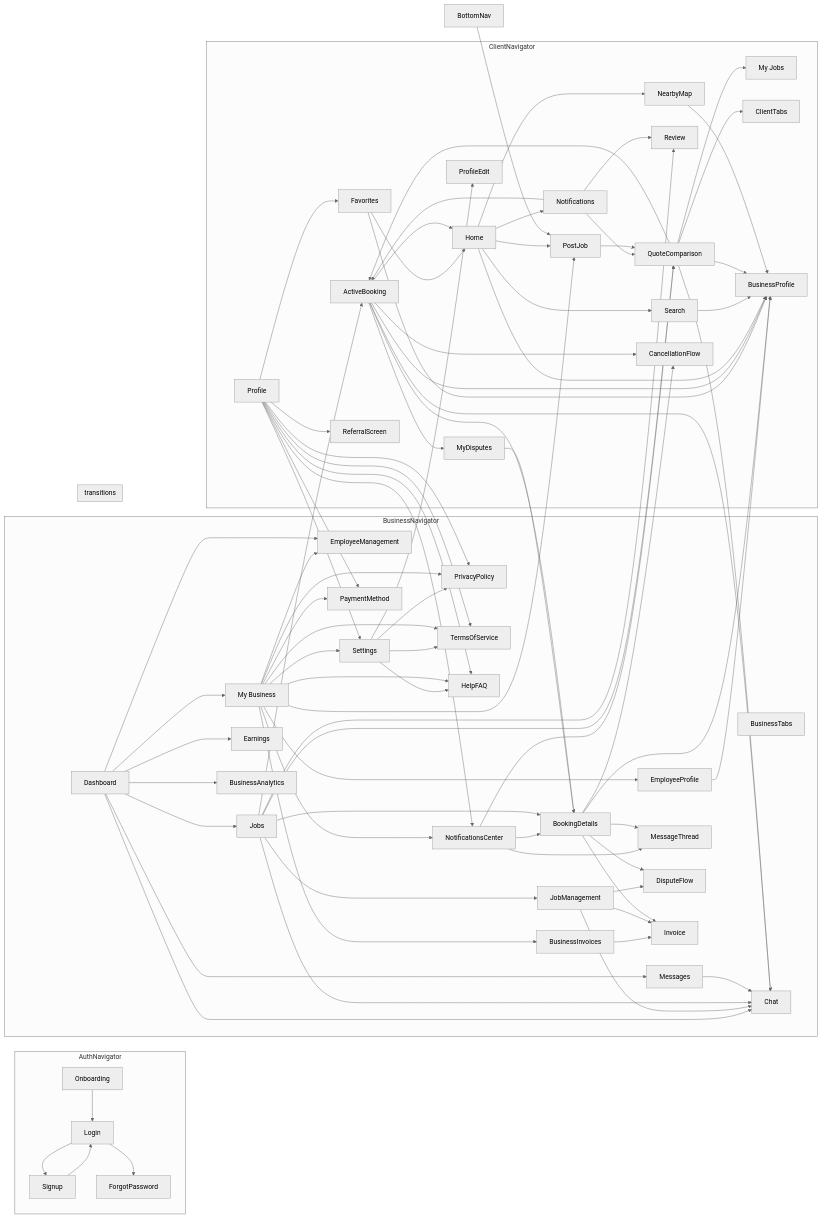
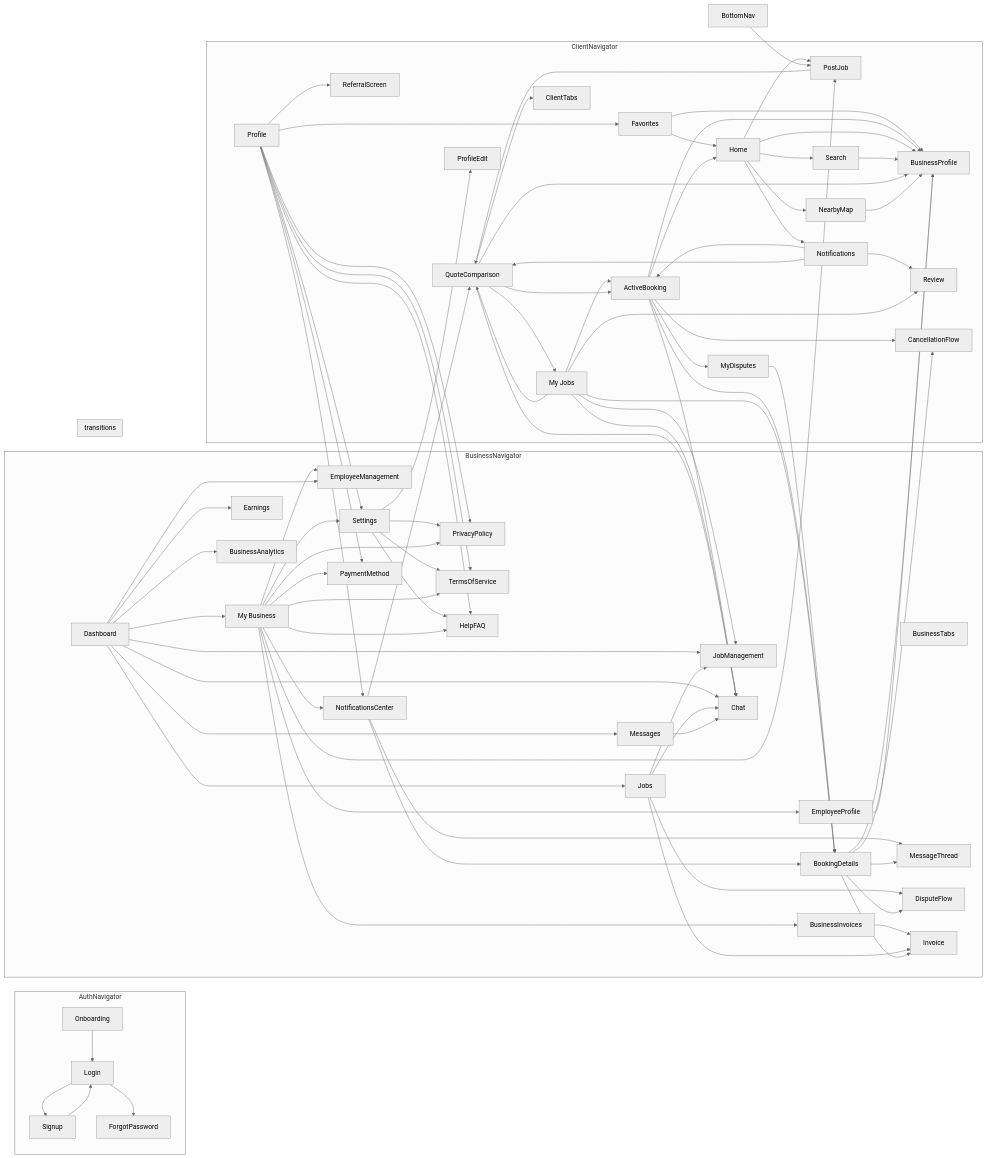
One commit to 4alkubati/SWINGBY changed the diagram in docs/FLOW_GRAPH.md. Above: the diagram before and after it, drawn with Mermaid (neutral theme). The commit also changed other lines of this file and 13 other files, not shown here.

```diff
--- a/docs/FLOW_GRAPH.md
+++ b/docs/FLOW_GRAPH.md
@@ -108,15 +108,17 @@
   Dashboard --> Jobs
   Dashboard --> Messages
   Dashboard --> My_Business
+  Dashboard --> JobManagement
   Dashboard --> Earnings
   Dashboard --> BusinessAnalytics
   Dashboard --> EmployeeManagement
   Dashboard --> Chat
   BusinessInvoices --> Invoice
   EmployeeProfile --> BusinessProfile
-  JobManagement --> Chat
-  JobManagement --> Invoice
-  JobManagement --> DisputeFlow
+  Jobs --> Chat
+  Jobs --> Invoice
+  Jobs --> DisputeFlow
+  Jobs --> JobManagement
   Favorites --> Home
   Favorites --> BusinessProfile
   MyDisputes --> BookingDetails
@@ -131,12 +133,12 @@
   Home --> Search
   Home --> NearbyMap
   Home --> BusinessProfile
-  Jobs --> ActiveBooking
-  Jobs --> JobManagement
-  Jobs --> QuoteComparison
-  Jobs --> Chat
-  Jobs --> BookingDetails
-  Jobs --> Review
+  My_Jobs --> ActiveBooking
+  My_Jobs --> JobManagement
+  My_Jobs --> QuoteComparison
+  My_Jobs --> Chat
+  My_Jobs --> BookingDetails
+  My_Jobs --> Review
   Search --> BusinessProfile
   QuoteComparison --> ActiveBooking
   QuoteComparison --> ClientTabs
```
